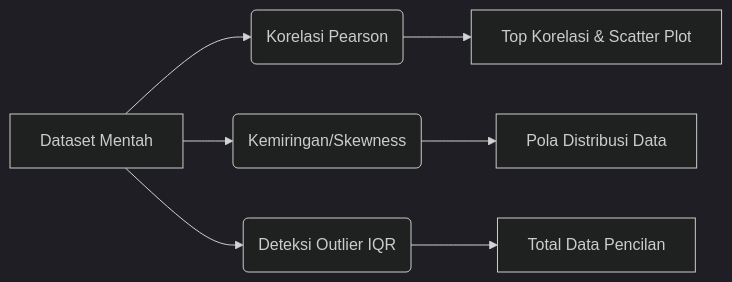
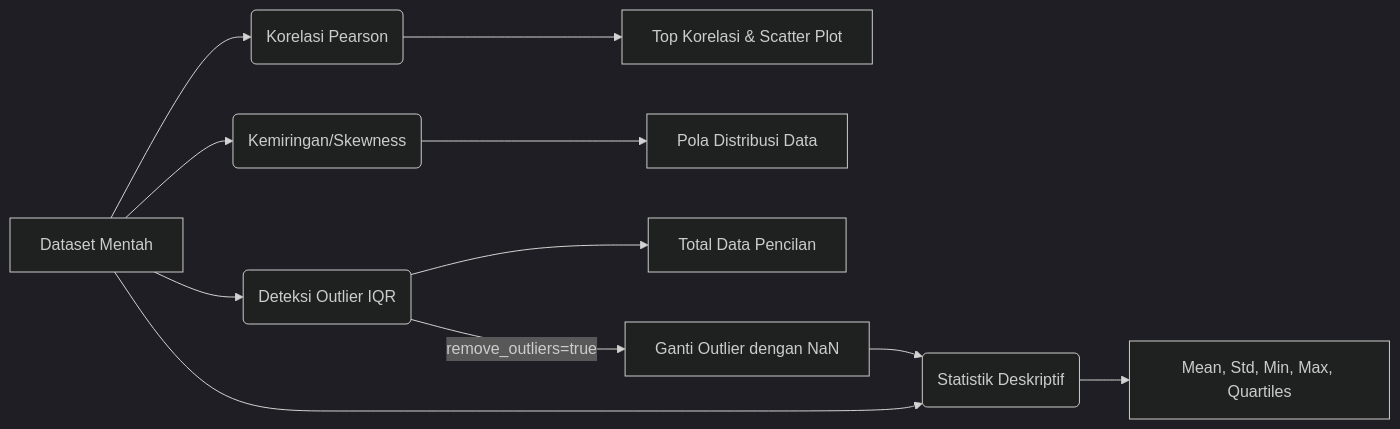
The second of 4 diagrams in docs/05_technical_statistics_ml.md (roderikusro/PredictIQ), drawn with Mermaid (dark theme) before and after one commit. The commit also changed other lines of this file and 1 other file, not shown here.

````diff
--- a/docs/05_technical_statistics_ml.md
+++ b/docs/05_technical_statistics_ml.md
@@ -134,10 +182,15 @@
 ```mermaid
 graph LR
     A[Dataset Mentah] --> B(Korelasi Pearson)
     A --> C(Kemiringan/Skewness)
     A --> D(Deteksi Outlier IQR)
+    A --> E(Statistik Deskriptif)
     
-    B --> E[Top Korelasi & Scatter Plot]
-    C --> F[Pola Distribusi Data]
-    D --> G[Total Data Pencilan]
+    B --> F[Top Korelasi & Scatter Plot]
+    C --> G[Pola Distribusi Data]
+    D --> H[Total Data Pencilan]
+    E --> I[Mean, Std, Min, Max, Quartiles]
+    
+    D -->|remove_outliers=true| J[Ganti Outlier dengan NaN]
+    J --> E
 ```
````
